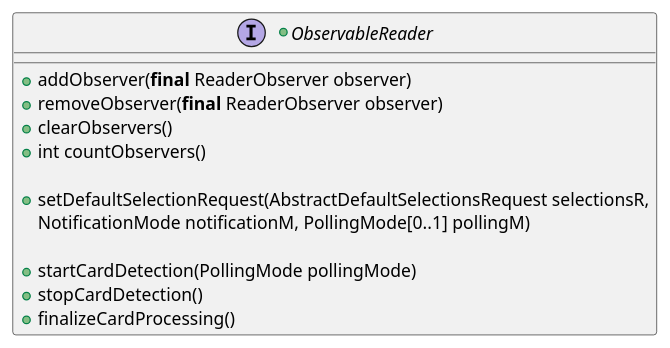
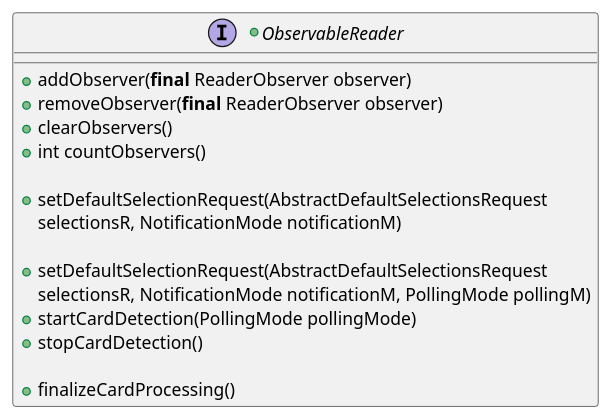
Before and after one commit to calypsonet/keyple: diagram 15 of 21 in src/KeypleCoreApi/puml/KeypleCore_Reader_ClassDiag_ClassElements.iuml, drawn with PlantUML. The commit also changed other lines of this file and 3 other files, not shown here.

```diff
--- a/src/KeypleCoreApi/puml/KeypleCore_Reader_ClassDiag_ClassElements.iuml
+++ b/src/KeypleCoreApi/puml/KeypleCore_Reader_ClassDiag_ClassElements.iuml
@@ -192,15 +192,18 @@
 @startuml(id=READER_OBSERVABLEREADER_1_0_0)
 +interface ObservableReader {
   +addObserver(<b>final</b> ReaderObserver observer)
   +removeObserver(<b>final</b> ReaderObserver observer)
   +clearObservers()
   +int countObservers()
 
-  +setDefaultSelectionRequest(AbstractDefaultSelectionsRequest selectionsR,
-    NotificationMode notificationM, PollingMode[0..1] pollingM)
+  +setDefaultSelectionRequest(AbstractDefaultSelectionsRequest
+    selectionsR, NotificationMode notificationM)
 
+  +setDefaultSelectionRequest(AbstractDefaultSelectionsRequest
+    selectionsR, NotificationMode notificationM, PollingMode pollingM)
   +startCardDetection(PollingMode pollingMode)
   +stopCardDetection()
+
   +finalizeCardProcessing()
 }
 @enduml
```
